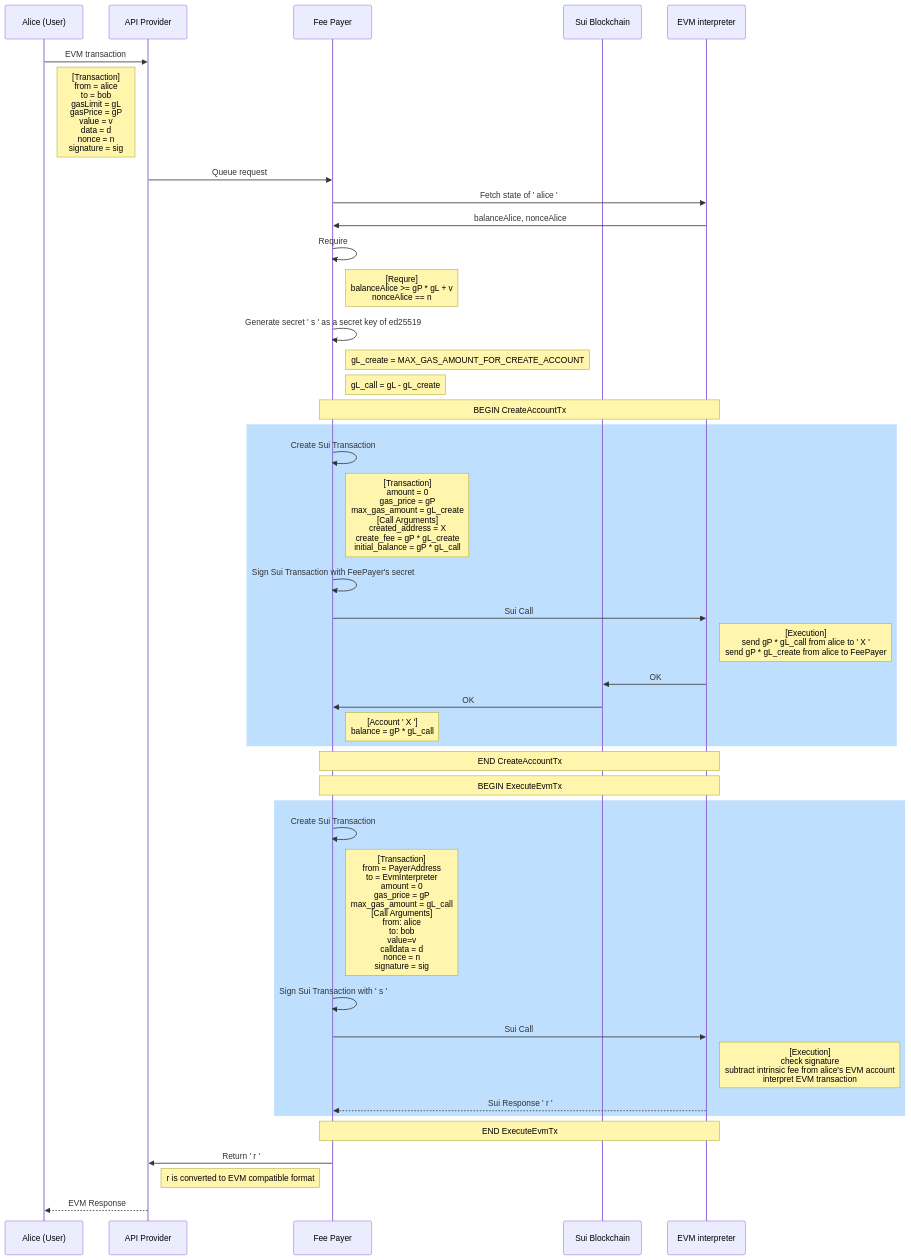
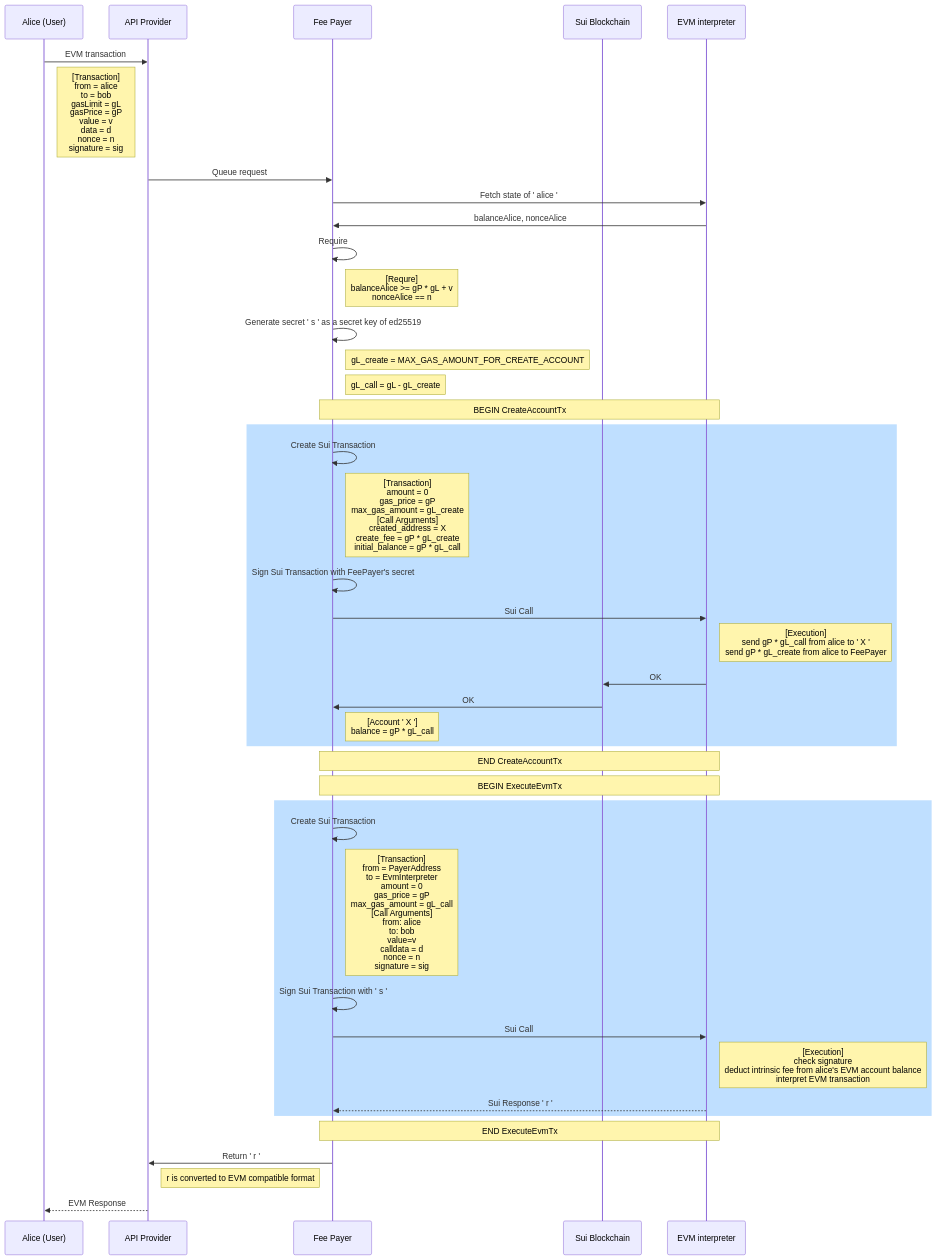
One commit to corriente-labs/evm-sui-poc changed the diagram in doc/proxy.md. Above: the diagram before and after it, drawn with Mermaid.

Commit message:
better wording

````diff
--- a/doc/proxy.md
+++ b/doc/proxy.md
@@ -25,51 +25,51 @@
 ```mermaid
 sequenceDiagram
     participant Alice as Alice (User)
     participant API as API Provider
     participant Payer as Fee Payer
     participant Sui as Sui Blockchain
     participant EVM as EVM interpreter
 
     Alice->>API: EVM transaction
     Note right of Alice: [Transaction]<br/>from = alice<br/>to = bob<br/>gasLimit = gL<br/>gasPrice = gP<br/>value = v<br/>data = d<br/>nonce = n<br/>signature = sig
     API->>Payer: Queue request
 
     Payer->>EVM: Fetch state of ' alice '
     EVM->>Payer: balanceAlice, nonceAlice
     
     Payer->>Payer: Require
     Note right of Payer: [Requre]<br/>balanceAlice >= gP * gL + v<br/>nonceAlice == n
 
     Payer->>Payer: Generate secret ' s ' as a secret key of ed25519
 
     Note right of Payer: gL_create = MAX_GAS_AMOUNT_FOR_CREATE_ACCOUNT
     Note right of Payer: gL_call = gL - gL_create
 
     Note over Payer, EVM: BEGIN CreateAccountTx
     rect rgb(191, 223, 255)
         Payer->>Payer: Create Sui Transaction
         Note right of Payer: [Transaction]<br/>amount = 0<br/>gas_price = gP<br/>max_gas_amount = gL_create<br/>[Call Arguments]<br/>created_address = X<br/>create_fee = gP * gL_create<br/>initial_balance = gP * gL_call
         Payer->>Payer: Sign Sui Transaction with FeePayer's secret
         Payer->>EVM: Sui Call
         Note right of EVM: [Execution]<br/>send gP * gL_call from alice to ' X '<br/>send gP * gL_create from alice to FeePayer
         EVM->>Sui: OK
         Sui->>Payer: OK
         Note right of Payer: [Account ' X ']<br/>balance = gP * gL_call
     end
     Note over Payer, EVM: END CreateAccountTx
 
     Note over Payer, EVM: BEGIN ExecuteEvmTx
     rect rgb(191, 223, 255)
         Payer->>Payer: Create Sui Transaction
         Note right of Payer: [Transaction]<br/>from = PayerAddress<br/>to = EvmInterpreter<br/>amount = 0<br/>gas_price = gP<br/>max_gas_amount = gL_call<br/>[Call Arguments]<br/>from: alice<br/>to: bob<br/>value=v<br/>calldata = d<br/>nonce = n<br/>signature = sig
         Payer->>Payer: Sign Sui Transaction with ' s '
         Payer->>EVM: Sui Call 
-        Note right of EVM: [Execution]<br/>check signature<br>subtract intrinsic fee from alice's EVM account<br/>interpret EVM transaction
+        Note right of EVM: [Execution]<br/>check signature<br>deduct intrinsic fee from alice's EVM account balance<br/>interpret EVM transaction
         EVM-->>Payer: Sui Response ' r '
     end
     Note over Payer, EVM: END ExecuteEvmTx
 
     Payer->>API: Return ' r '
     Note right of API: r is converted to EVM compatible format
     API-->>Alice: EVM Response
 ```
````
